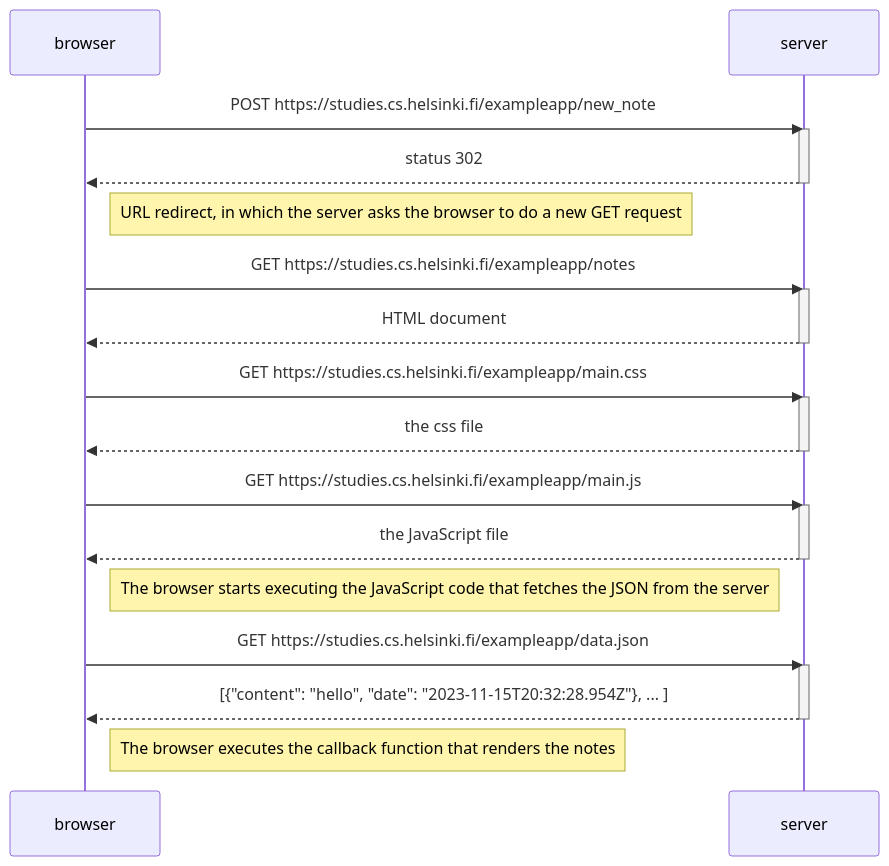
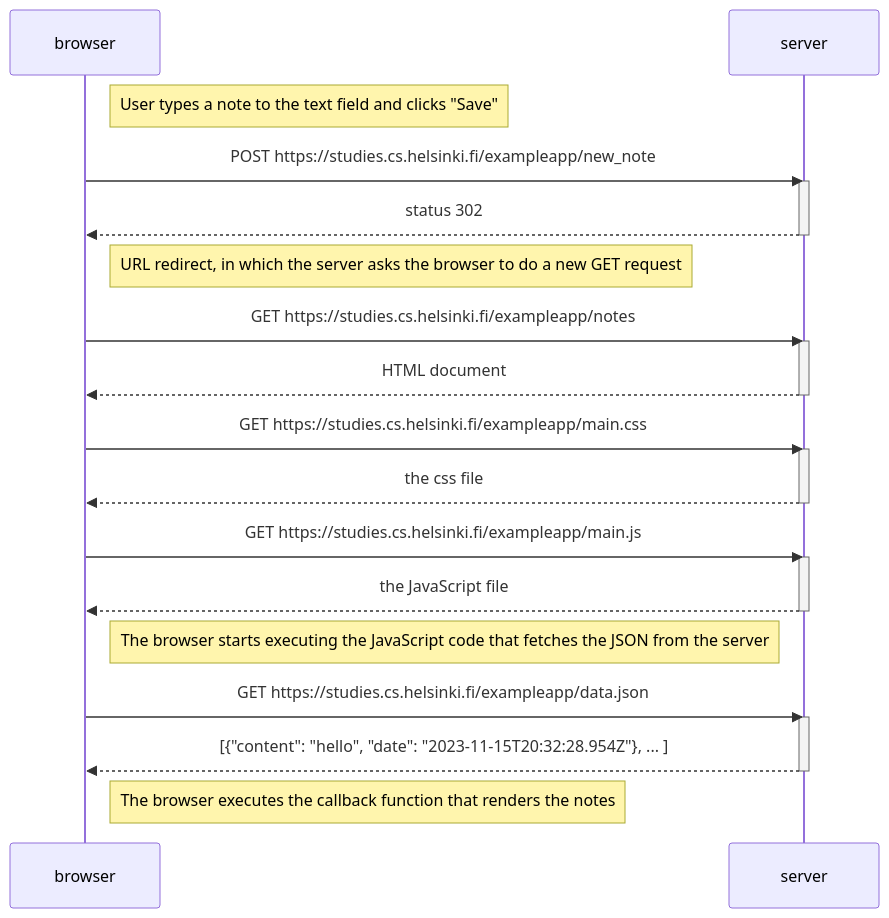
Before and after one commit to faltzuthewiz/fullstack-open: the diagram in part 0/0.4.md, drawn with Mermaid. The commit also changed 1 other file, not shown here.

Commit message:
made exercise 0.5

````diff
--- a/part 0/0.4.md
+++ b/part 0/0.4.md
@@ -1,37 +1,39 @@
 ```mermaid
 sequenceDiagram
     participant browser
     participant server
+
+    Note right of browser: User types a note to the text field and clicks "Save"
 
     browser->>server: POST https://studies.cs.helsinki.fi/exampleapp/new_note
     activate server
     server-->>browser:  status 302
     deactivate server
 
     Note right of browser: URL redirect, in which the server asks the browser to do a new GET request
 
     browser->>server: GET https://studies.cs.helsinki.fi/exampleapp/notes
     activate server
     server-->>browser: HTML document
     deactivate server
 
     browser->>server: GET https://studies.cs.helsinki.fi/exampleapp/main.css
     activate server
     server-->>browser: the css file
     deactivate server
 
     browser->>server: GET https://studies.cs.helsinki.fi/exampleapp/main.js
     activate server 
     server-->>browser: the JavaScript file
     deactivate server
 
     Note right of browser: The browser starts executing the JavaScript code that fetches the JSON from the server
 
     browser->>server: GET https://studies.cs.helsinki.fi/exampleapp/data.json
     activate server
     server-->>browser: [{"content": "hello", "date": "2023-11-15T20:32:28.954Z"}, ... ]
     deactivate server
 
     Note right of browser: The browser executes the callback function that renders the notes 
 
 ```
````
